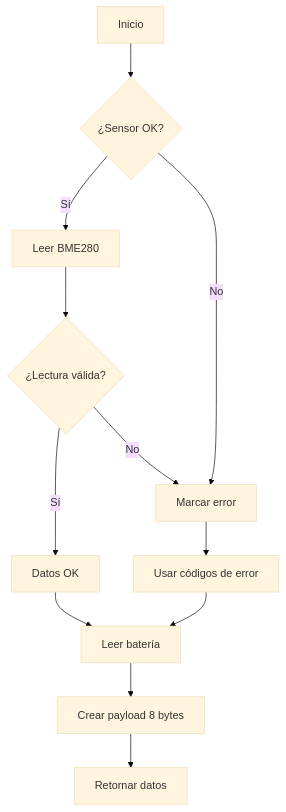
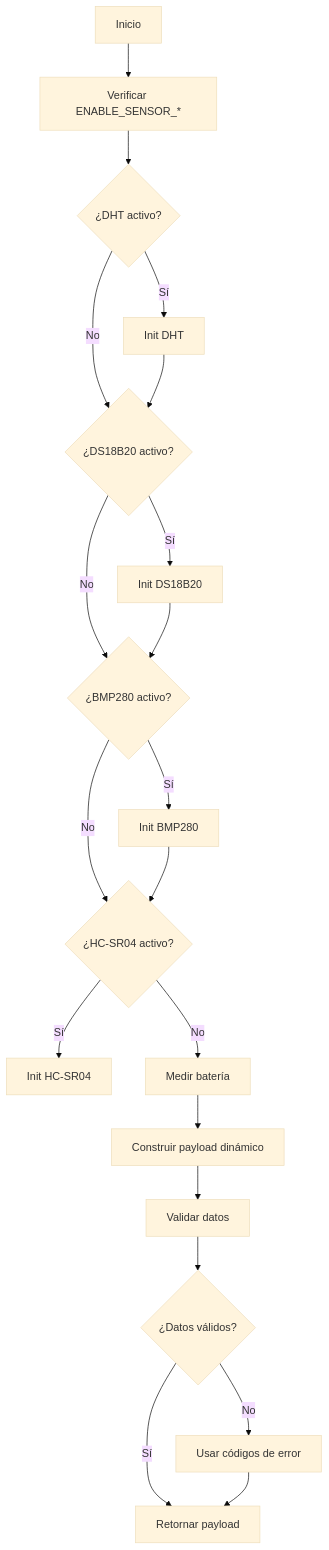
Before and after one commit to ogrgijon/lilygo-lora-1_6_1-lowpower: the third of 5 diagrams in docs/arquitectura.md, drawn with Mermaid (base theme). The commit also changed other lines of this file and 50 other files, not shown here.

````diff
--- a/docs/arquitectura.md
+++ b/docs/arquitectura.md
@@ -126,14 +163,23 @@
 ```mermaid
 flowchart TD
-    A[Inicio] --> B{¿Sensor OK?}
-    B -->|Sí| C[Leer BME280]
-    B -->|No| D[Marcar error]
-    C --> E{¿Lectura válida?}
-    E -->|Sí| F[Datos OK]
-    E -->|No| D
-    D --> G[Usar códigos de error]
-    F --> H[Leer batería]
-    G --> H
-    H --> I[Crear payload 8 bytes]
-    I --> J[Retornar datos]
+    A[Inicio] --> B[Verificar ENABLE_SENSOR_*]
+    B --> C{¿DHT activo?}
+    C -->|Sí| D[Init DHT]
+    C -->|No| E{¿DS18B20 activo?}
+    D --> E
+    E -->|Sí| F[Init DS18B20]
+    E -->|No| G{¿BMP280 activo?}
+    F --> G
+    G -->|Sí| H[Init BMP280]
+    G -->|No| I{¿HC-SR04 activo?}
+    H --> I
+    I -->|Sí| J[Init HC-SR04]
+    I -->|No| K[Medir batería]
+    
+    K --> L[Construir payload dinámico]
+    L --> M[Validar datos]
+    M --> N{¿Datos válidos?}
+    N -->|Sí| O[Retornar payload]
+    N -->|No| P[Usar códigos de error]
+    P --> O
 ```
````
